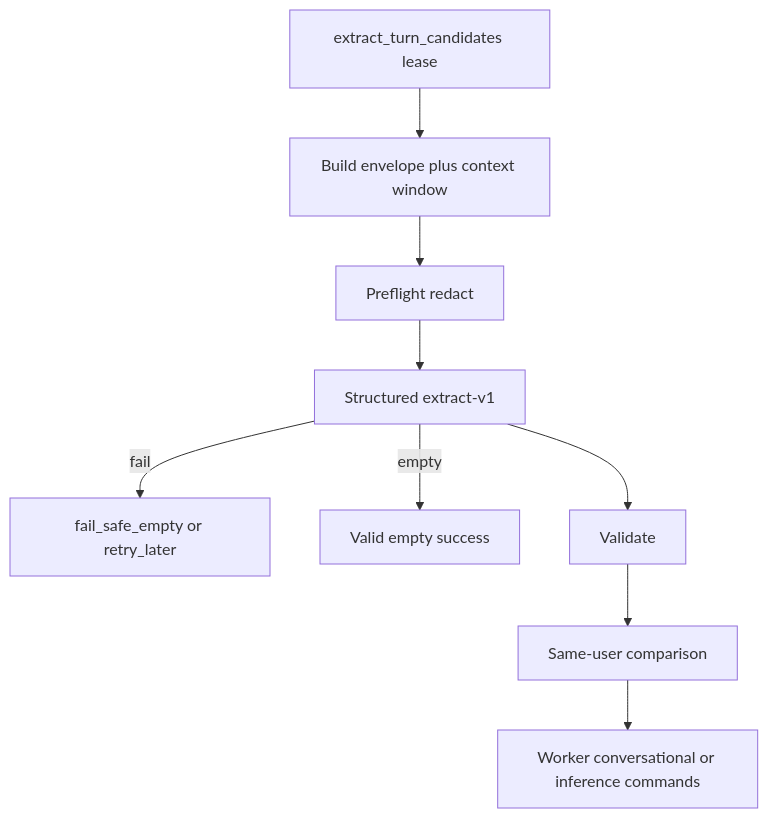
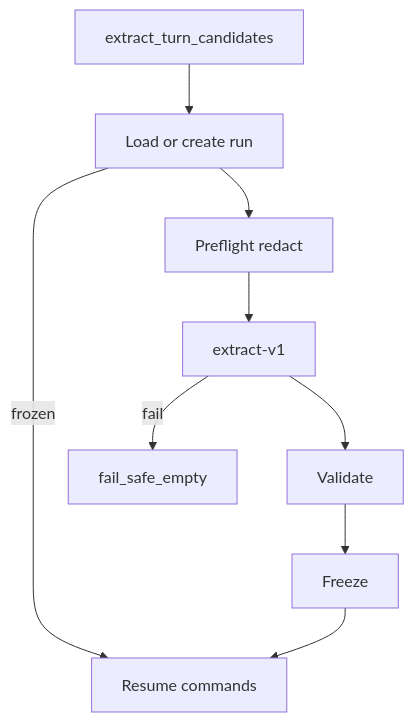
Before and after one commit to NicolVii/ContextVault: the third of 12 diagrams in docs/memory-system/10-memory-processing-design.md, drawn with Mermaid. The commit also changed other lines of this file, not shown here.

First line of the commit message:
docs: correct Stage 10 processing freeze and authority contracts

````diff
--- a/docs/memory-system/10-memory-processing-design.md
+++ b/docs/memory-system/10-memory-processing-design.md
@@ -1556,11 +1185,11 @@
 ```mermaid
 flowchart TD
-  Job[extract_turn_candidates lease] --> Env[Build envelope plus context window]
-  Env --> PF[Preflight redact]
-  PF --> LLM[Structured extract-v1]
-  LLM -->|fail| FS[fail_safe_empty or retry_later]
-  LLM -->|empty| OK[Valid empty success]
+  Job[extract_turn_candidates] --> Run[Load or create run]
+  Run -->|frozen| Em[Resume commands]
+  Run --> PF[Preflight redact]
+  PF --> LLM[extract-v1]
+  LLM -->|fail| FS[fail_safe_empty]
   LLM --> Val[Validate]
-  Val --> Cmp[Same-user comparison]
-  Cmp --> W[Worker conversational or inference commands]
+  Val --> FZ[Freeze]
+  FZ --> Em
 ```
````
